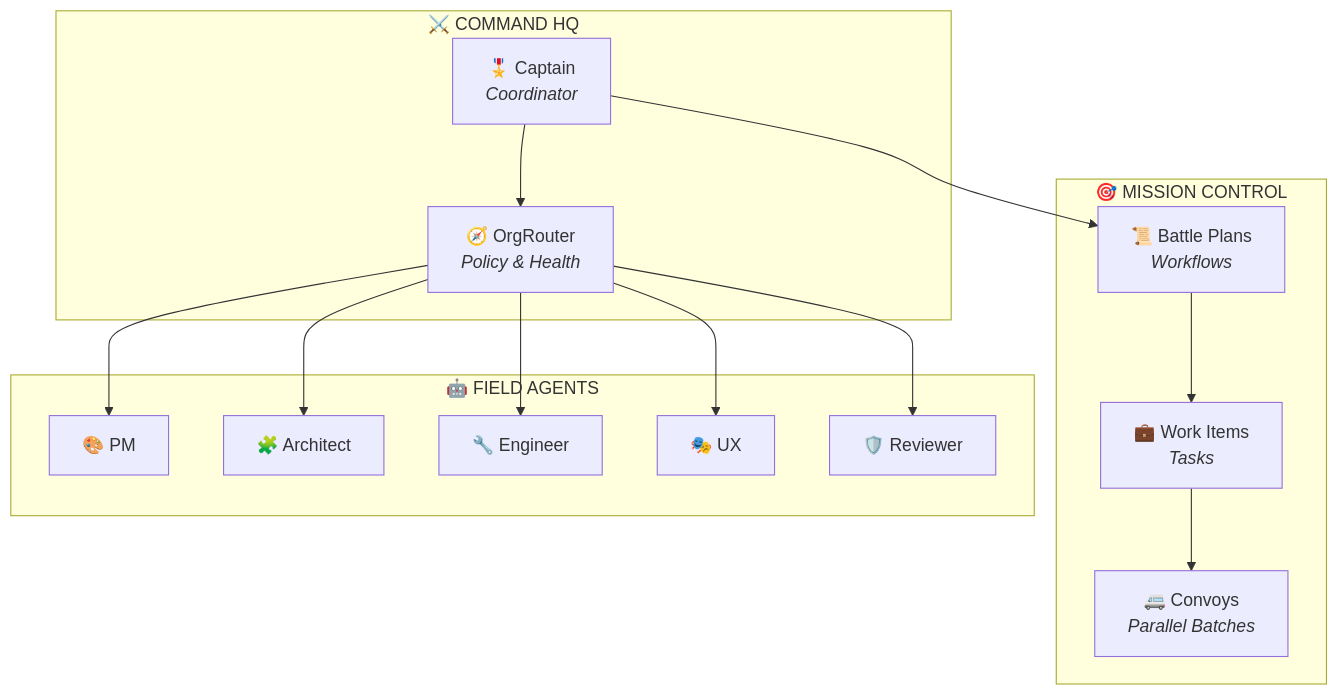
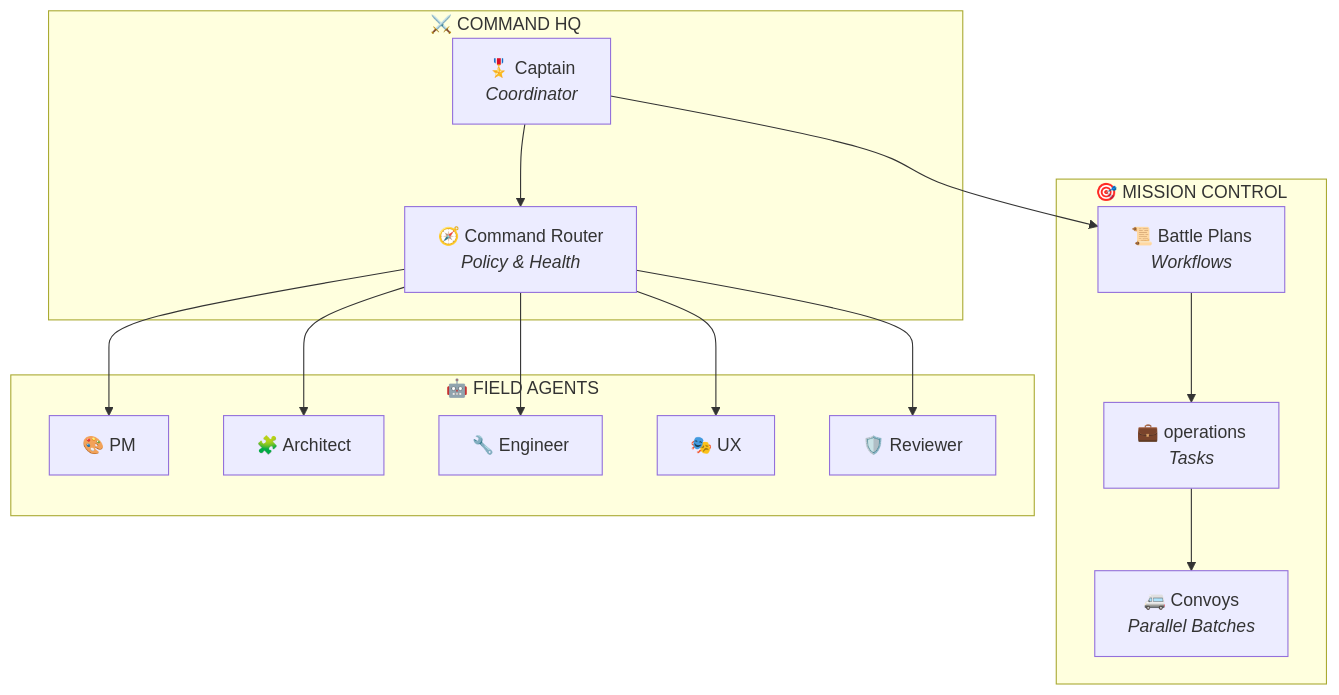
The first of 8 diagrams in README.md (jnPiyush/AI-Squad), drawn with Mermaid before and after one commit. The commit also changed other lines of this file and 5 other files, not shown here.

````diff
--- a/README.md
+++ b/README.md
@@ -46,27 +46,27 @@
 ```mermaid
 graph TB
     subgraph "⚔️ COMMAND HQ"
         Captain["🎖️ Captain<br/><i>Coordinator</i>"]
-        Router["🧭 OrgRouter<br/><i>Policy & Health</i>"]
+        Router["🧭 Command Router<br/><i>Policy & Health</i>"]
     end
     
     subgraph "🎯 MISSION CONTROL"
         BP["📜 Battle Plans<br/><i>Workflows</i>"]
-        WI["💼 Work Items<br/><i>Tasks</i>"]
+        WI["💼 operations<br/><i>Tasks</i>"]
         Convoy["🚐 Convoys<br/><i>Parallel Batches</i>"]
     end
     
     subgraph "🤖 FIELD AGENTS"
         PM["🎨 PM"]
         Arch["🧩 Architect"]
         Eng["🔧 Engineer"]
         UX["🎭 UX"]
         Rev["🛡️ Reviewer"]
     end
     
     Captain --> BP
     Captain --> Router
     Router --> PM & Arch & Eng & UX & Rev
     BP --> WI
     WI --> Convoy
 ```
````
